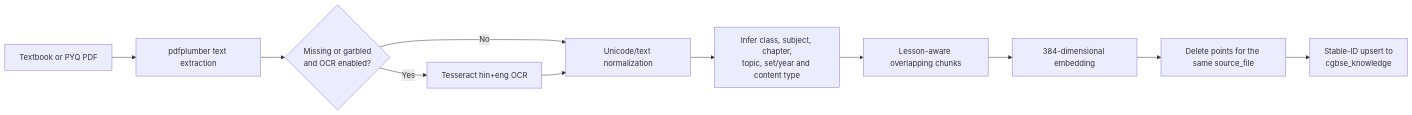
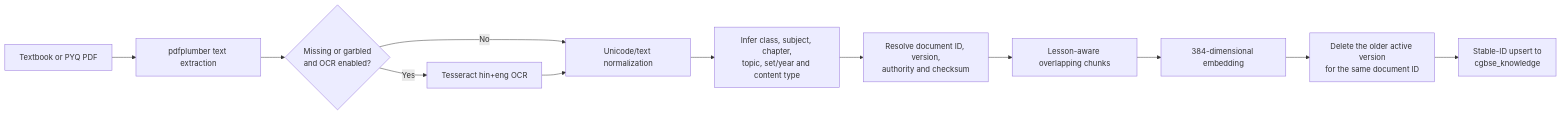
One commit to NaveenVidyaAi/VidyaAi_Production changed the seventh of 8 diagrams in README.md. Above: the diagram before and after it, drawn with Mermaid. The commit also changed other lines of this file and 50 other files, not shown here.

````diff
--- a/README.md
+++ b/README.md
@@ -936,13 +990,14 @@
 ```mermaid
 flowchart LR
     PDF[Textbook or PYQ PDF] --> Extract[pdfplumber text extraction]
     Extract --> Check{Missing or garbled<br/>and OCR enabled?}
     Check -->|Yes| Tess[Tesseract hin+eng OCR]
     Check -->|No| Normalize[Unicode/text normalization]
     Tess --> Normalize
     Normalize --> Meta[Infer class, subject, chapter,<br/>topic, set/year and content type]
-    Meta --> Chunk[Lesson-aware overlapping chunks]
+    Meta --> Catalog[Resolve document ID, version,<br/>authority and checksum]
+    Catalog --> Chunk[Lesson-aware overlapping chunks]
     Chunk --> Vector[384-dimensional embedding]
-    Vector --> Replace[Delete points for the same source_file]
+    Vector --> Replace[Delete the older active version<br/>for the same document ID]
     Replace --> Upsert[Stable-ID upsert to<br/>cgbse_knowledge]
 ```
````
